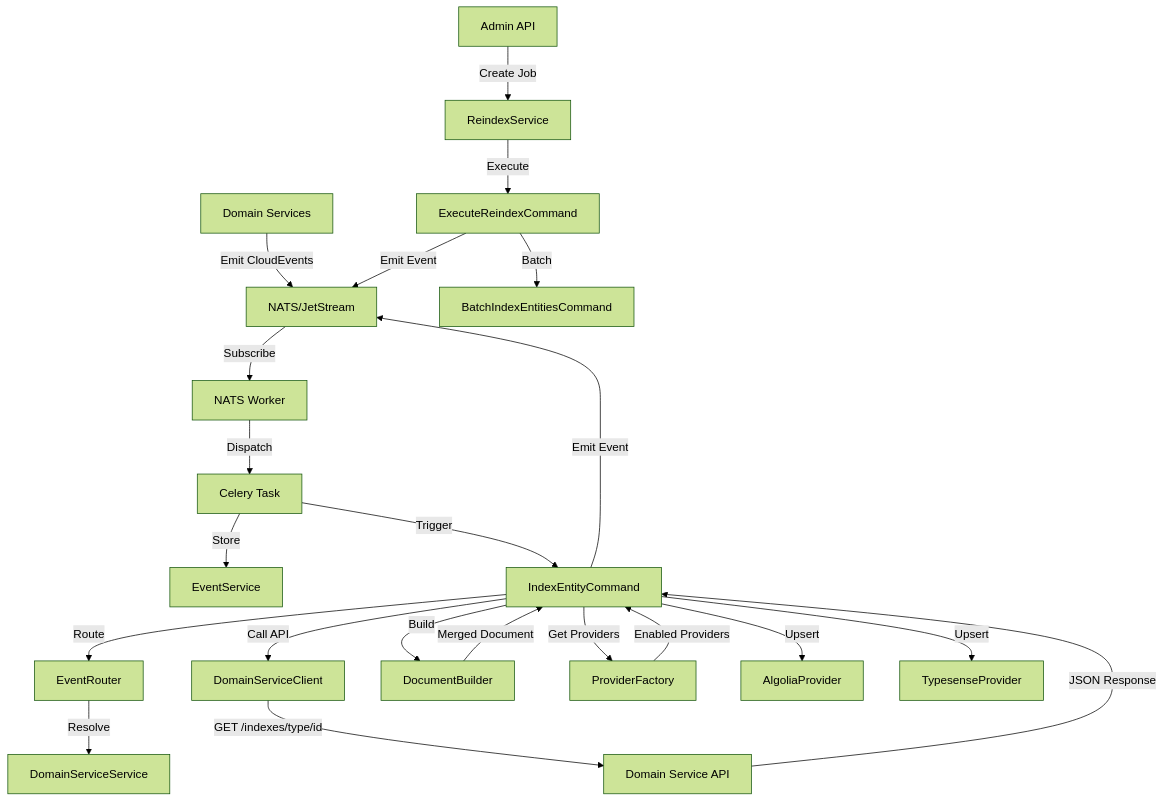
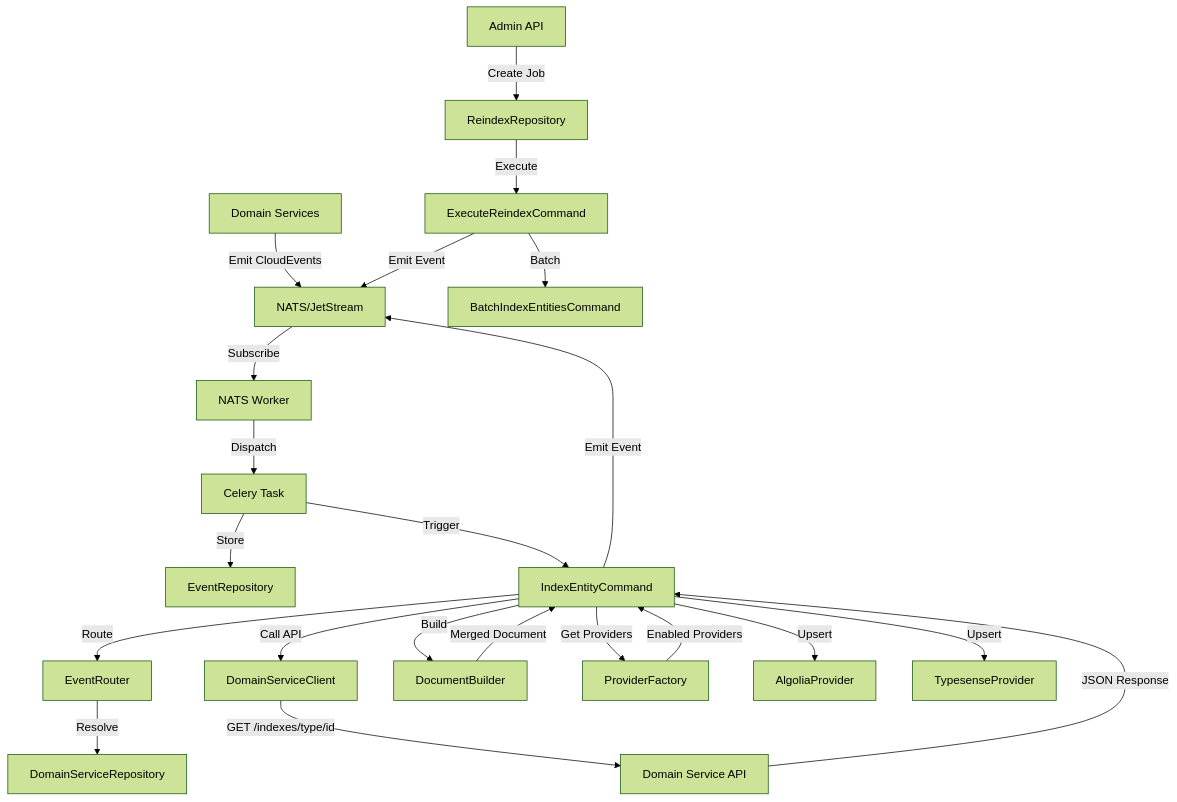
The diagram in docs/architecture.md (tesserahq/indexa), drawn with Mermaid (forest theme) before and after one commit. The commit also changed other lines of this file and 25 other files, not shown here.

````diff
--- a/docs/architecture.md
+++ b/docs/architecture.md
@@ -21,25 +21,25 @@
 ```mermaid
 flowchart TD
     DS[Domain Services] -->|Emit CloudEvents| NATS[NATS/JetStream]
     NATS -->|Subscribe| NW[NATS Worker]
     NW -->|Dispatch| CT[Celery Task]
-    CT -->|Store| ES[EventService]
+    CT -->|Store| ES[EventRepository]
     CT -->|Trigger| IC[IndexEntityCommand]
     IC -->|Route| ER[EventRouter]
-    ER -->|Resolve| DSS[DomainServiceService]
+    ER -->|Resolve| DSS[DomainServiceRepository]
     IC -->|Call API| DSC[DomainServiceClient]
     DSC -->|GET /indexes/type/id| DSAPI[Domain Service API]
     DSAPI -->|JSON Response| IC
     IC -->|Build| DB[DocumentBuilder]
     DB -->|Merged Document| IC
     IC -->|Get Providers| PF[ProviderFactory]
     PF -->|Enabled Providers| IC
     IC -->|Upsert| SP1[AlgoliaProvider]
     IC -->|Upsert| SP2[TypesenseProvider]
     IC -->|Emit Event| NATS
     
-    Admin[Admin API] -->|Create Job| RS[ReindexService]
+    Admin[Admin API] -->|Create Job| RS[ReindexRepository]
     RS -->|Execute| ERC[ExecuteReindexCommand]
     ERC -->|Batch| BIC[BatchIndexEntitiesCommand]
     ERC -->|Emit Event| NATS
 ```
````
